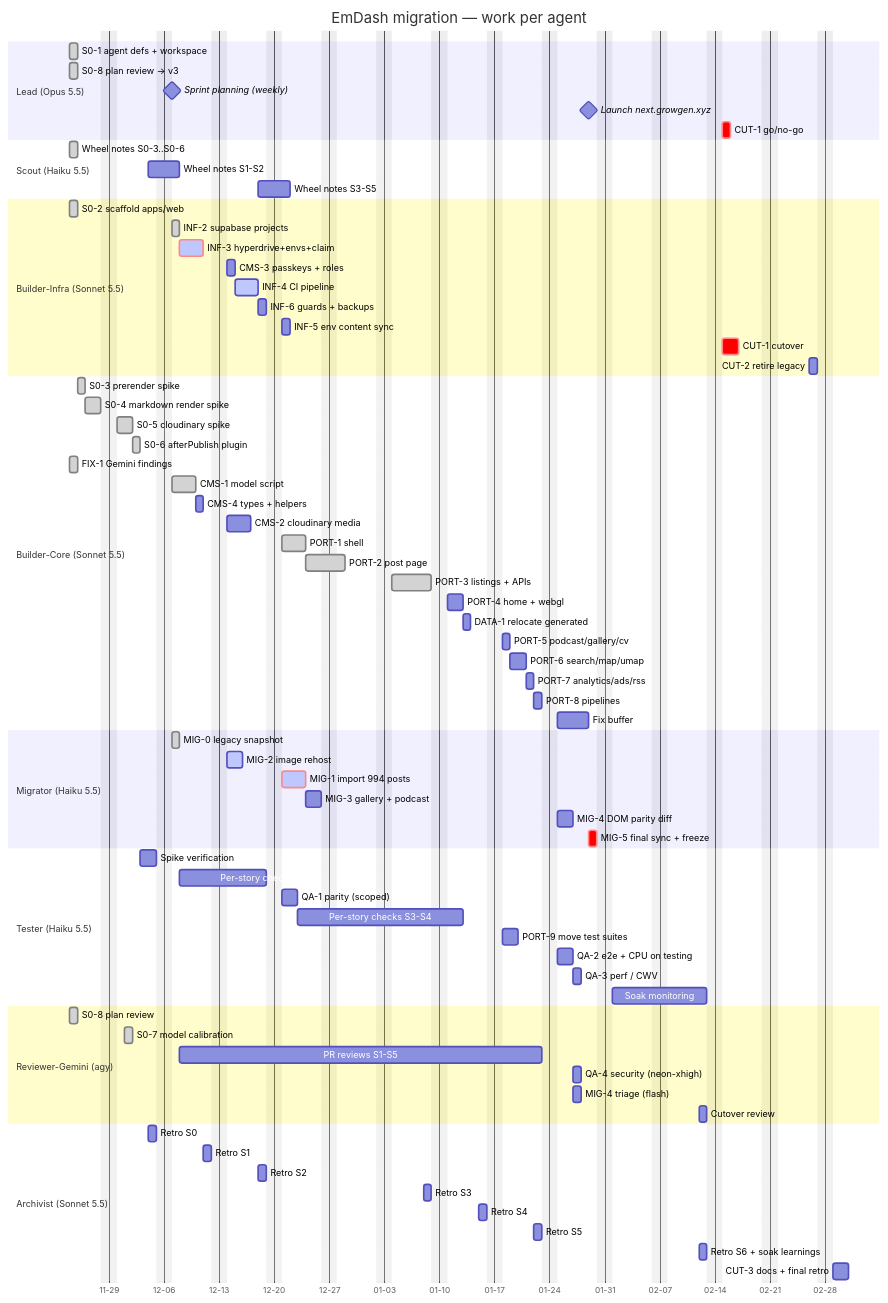
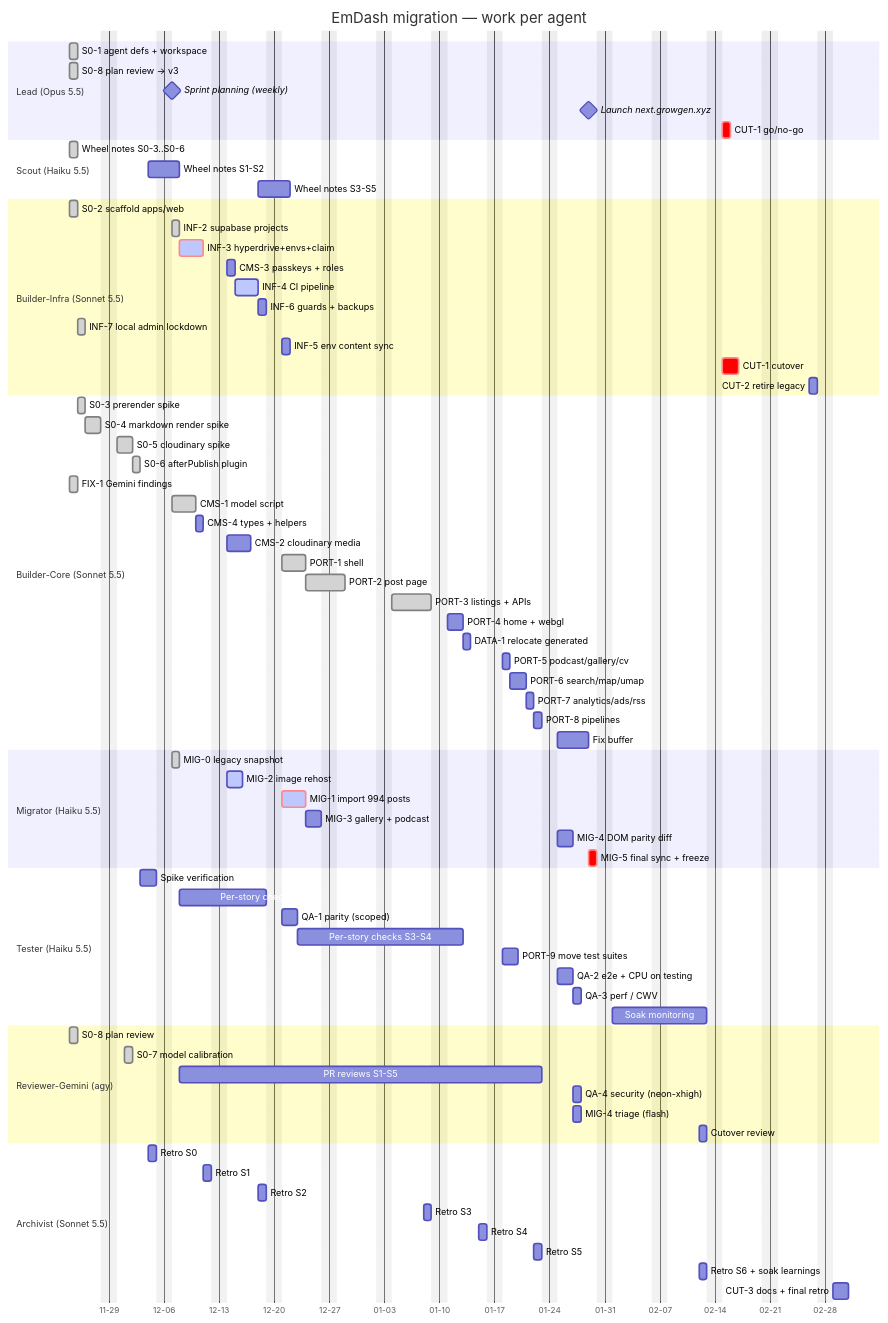
One commit to gongbaodd/blog.gongbushang.com changed the second of 2 diagrams in docs/plan/emdash-migration-plan.md. Above: the diagram before and after it, drawn with Mermaid. The commit also changed other lines of this file and 16 other files, not shown here.

First line of the commit message:
feat(infra): local admin launcher and Worker lockdown (INF-7, D12)

```diff
--- a/docs/plan/emdash-migration-plan.md
+++ b/docs/plan/emdash-migration-plan.md
@@ -294,6 +295,7 @@
   CMS-3 passkeys + roles      :bi4, 2026-12-14, 1d
   INF-4 CI pipeline           :active, bi5, after bi4, 3d
   INF-6 guards + backups      :bi6, after bi5, 1d
+  INF-7 local admin lockdown  :done, bi10, 2026-11-25, 1d
   INF-5 env content sync      :bi7, 2026-12-21, 1d
   CUT-1 cutover               :crit, bi8, 2027-02-15, 2d
   CUT-2 retire legacy         :bi9, 2027-02-26, 1d
```
